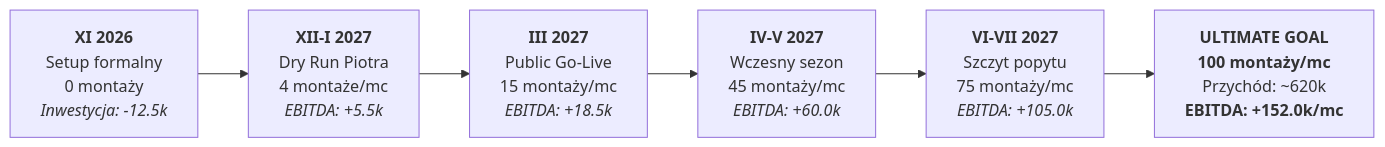
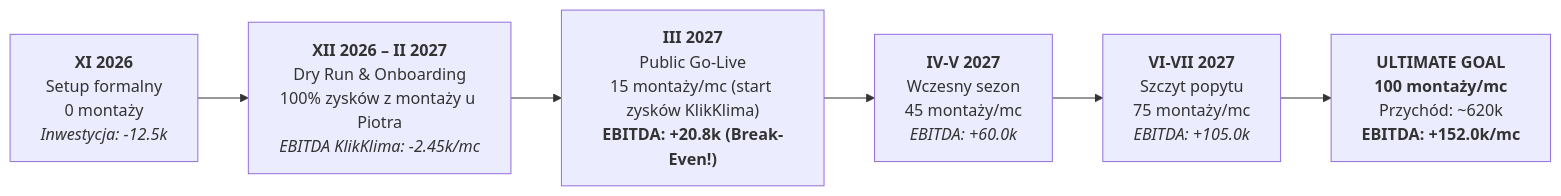
Before and after one commit to aiprojectmanagersznurowski-afk/klikklima-system: the fourth of 5 diagrams in turborepo/docs/prezentacje/PROGNOZA-FINANSOWA-I-KOSZTY-GTM.md, drawn with Mermaid. The commit also changed other lines of this file and 5 other files, not shown here.

Commit message:
docs: add dividend policy, update partnership model with Dry Run financials and Kort Klima de-risking

````diff
--- a/turborepo/docs/prezentacje/PROGNOZA-FINANSOWA-I-KOSZTY-GTM.md
+++ b/turborepo/docs/prezentacje/PROGNOZA-FINANSOWA-I-KOSZTY-GTM.md
@@ -153,11 +159,11 @@
 ```mermaid
 flowchart LR
     P1["<b>XI 2026</b><br/>Setup formalny<br/>0 montaży<br/><i>Inwestycja: -12.5k</i>"]
-    P2["<b>XII-I 2027</b><br/>Dry Run Piotra<br/>4 montaże/mc<br/><i>EBITDA: +5.5k</i>"]
-    P3["<b>III 2027</b><br/>Public Go-Live<br/>15 montaży/mc<br/><i>EBITDA: +18.5k</i>"]
+    P2["<b>XII 2026 – II 2027</b><br/>Dry Run & Onboarding<br/>100% zysków z montaży u Piotra<br/><i>EBITDA KlikKlima: -2.45k/mc</i>"]
+    P3["<b>III 2027</b><br/>Public Go-Live<br/>15 montaży/mc (start zysków KlikKlima)<br/><b>EBITDA: +20.8k (Break-Even!)</b>"]
     P4["<b>IV-V 2027</b><br/>Wczesny sezon<br/>45 montaży/mc<br/><i>EBITDA: +60.0k</i>"]
     P5["<b>VI-VII 2027</b><br/>Szczyt popytu<br/>75 montaży/mc<br/><i>EBITDA: +105.0k</i>"]
     P6["<b>ULTIMATE GOAL</b><br/><b>100 montaży/mc</b><br/>Przychód: ~620k<br/><b>EBITDA: +152.0k/mc</b>"]
 
     P1 --> P2 --> P3 --> P4 --> P5 --> P6
 ```
````
